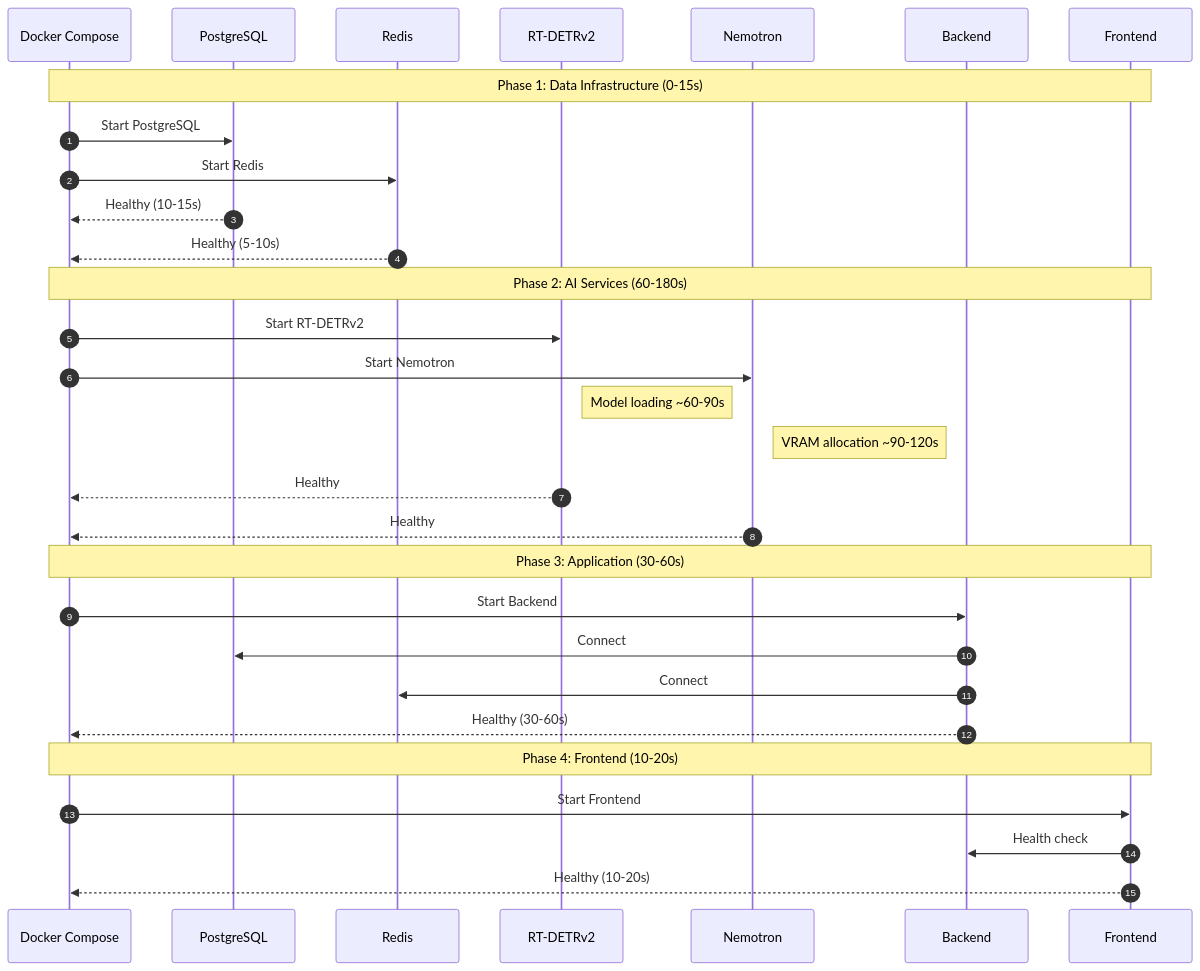
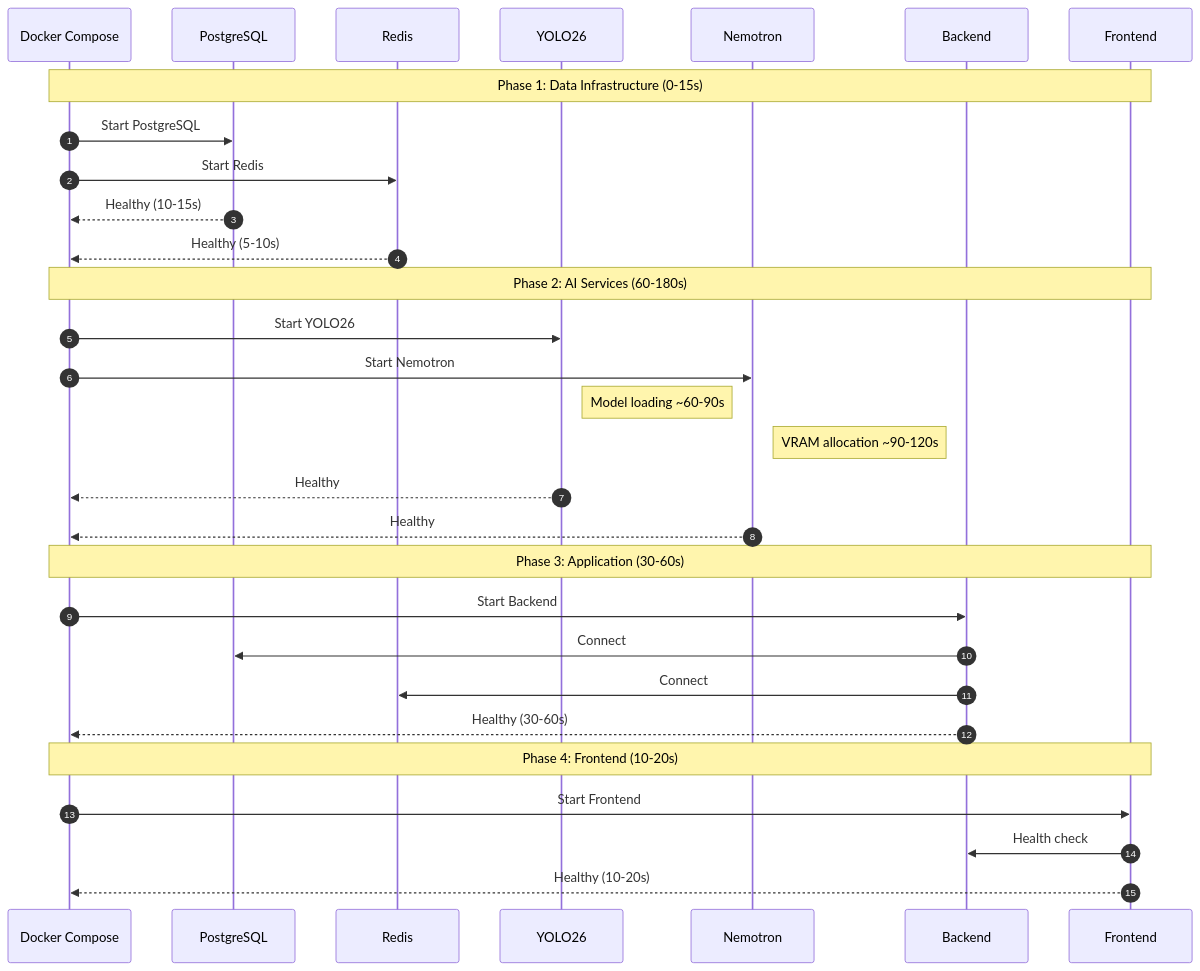
One commit to mikesvoboda/nemotron-v3-home-security-intelligence changed the second of 4 diagrams in docs/deployment/container-orchestration.md. Above: the diagram before and after it, drawn with Mermaid. The commit also changed other lines of this file and 474 other files, not shown here.

````diff
--- a/docs/deployment/container-orchestration.md
+++ b/docs/deployment/container-orchestration.md
@@ -126,36 +126,36 @@
 ```mermaid
 sequenceDiagram
     autonumber
     participant DC as Docker Compose
     participant PG as PostgreSQL
     participant RD as Redis
-    participant RT as RT-DETRv2
+    participant RT as YOLO26
     participant NM as Nemotron
     participant BE as Backend
     participant FE as Frontend
 
     Note over DC,FE: Phase 1: Data Infrastructure (0-15s)
     DC->>PG: Start PostgreSQL
     DC->>RD: Start Redis
     PG-->>DC: Healthy (10-15s)
     RD-->>DC: Healthy (5-10s)
 
     Note over DC,FE: Phase 2: AI Services (60-180s)
-    DC->>RT: Start RT-DETRv2
+    DC->>RT: Start YOLO26
     DC->>NM: Start Nemotron
     Note right of RT: Model loading ~60-90s
     Note right of NM: VRAM allocation ~90-120s
     RT-->>DC: Healthy
     NM-->>DC: Healthy
 
     Note over DC,FE: Phase 3: Application (30-60s)
     DC->>BE: Start Backend
     BE->>PG: Connect
     BE->>RD: Connect
     BE-->>DC: Healthy (30-60s)
 
     Note over DC,FE: Phase 4: Frontend (10-20s)
     DC->>FE: Start Frontend
     FE->>BE: Health check
     FE-->>DC: Healthy (10-20s)
 ```
````
